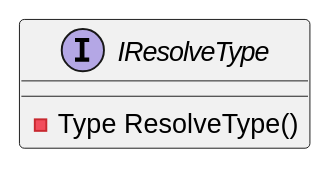
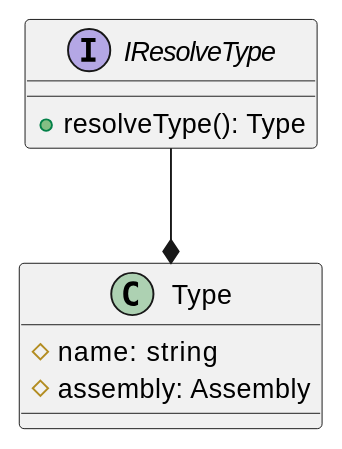
The second of 2 diagrams in docs/generated/Framework/Eliassen.System.Abstractions/Reflection/Documentation.md (mwwhited-forks/dotnet-libs), drawn with PlantUML before and after one commit. The commit also changed other lines of this file and 444 other files, not shown here.

````diff
--- a/docs/generated/Framework/Eliassen.System.Abstractions/Reflection/Documentation.md
+++ b/docs/generated/Framework/Eliassen.System.Abstractions/Reflection/Documentation.md
@@ -143,8 +102,15 @@
 ```plantuml
 @startuml
 interface IResolveType {
-  - Type ResolveType()
+  + resolveType(): Type
 }
+
+class Type {
+  # name: string
+  # assembly: Assembly
+}
+
+IResolveType --* Type
 
 @enduml
 ```
````
